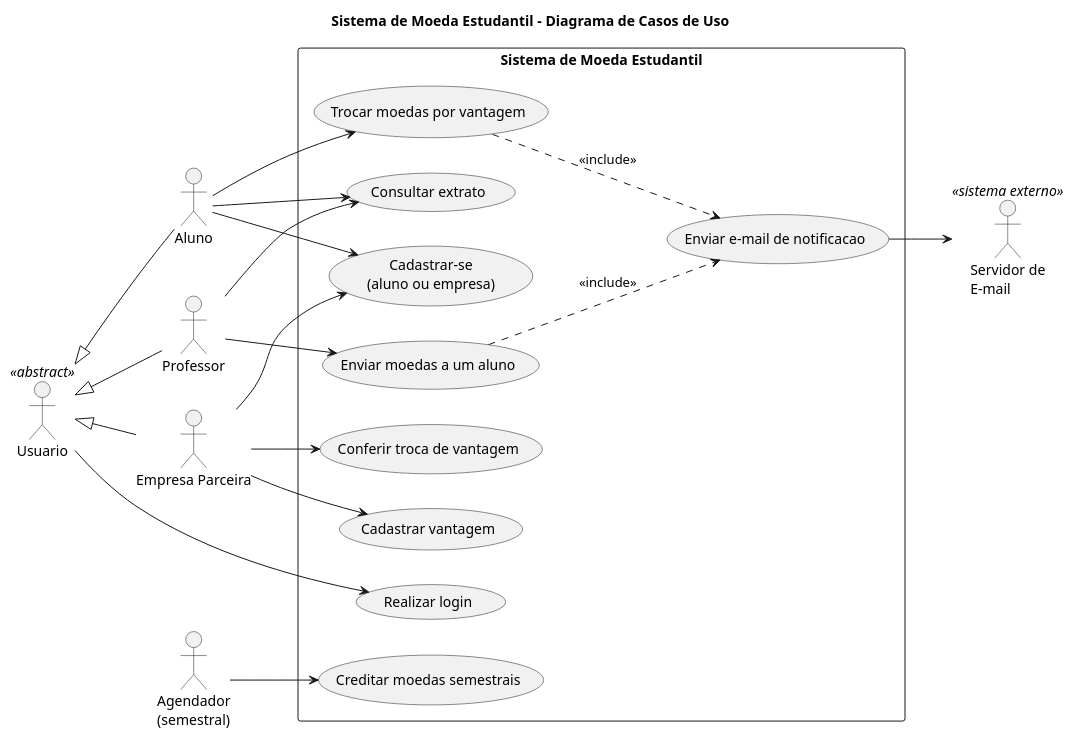
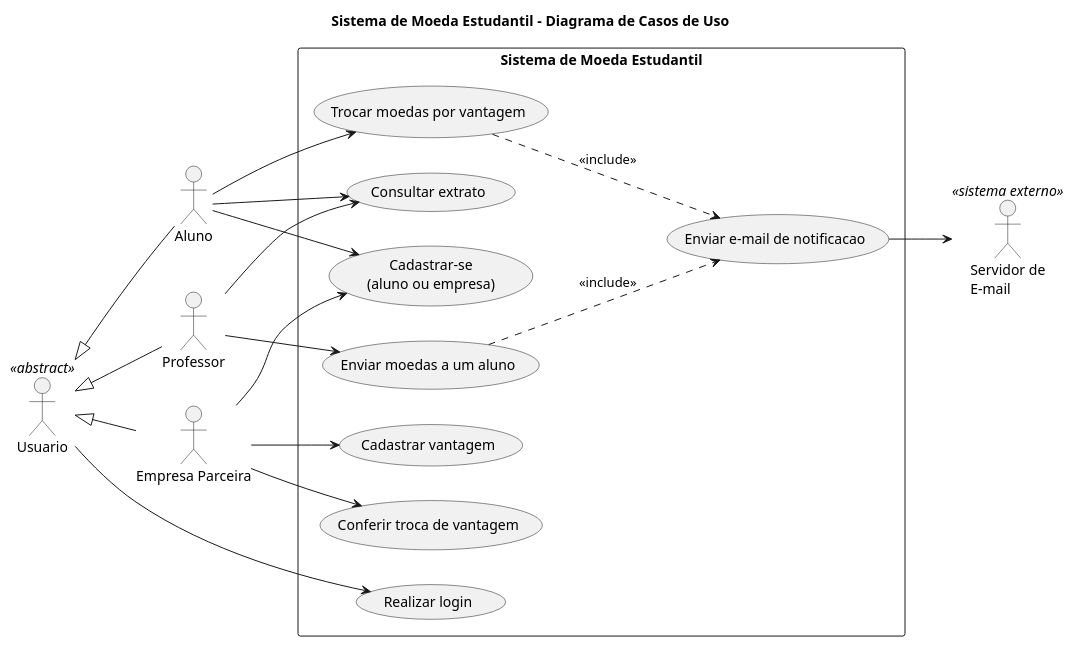
The diagram in diagramas/casos-de-uso.puml (fillmello/lab03_rounds), drawn with PlantUML before and after one commit. The commit also changed 12 other files, not shown here.

Commit message:
chore: define stack FastAPI e modelo ER

```diff
--- a/diagramas/casos-de-uso.puml
+++ b/diagramas/casos-de-uso.puml
@@ -1,50 +1,47 @@
 @startuml casos-de-uso
 title Sistema de Moeda Estudantil - Diagrama de Casos de Uso
 left to right direction
 skinparam packageStyle rectangle
 skinparam shadowing false
 
 actor Usuario <<abstract>>
 actor Aluno
 actor Professor
 actor "Empresa Parceira" as Empresa
-actor "Agendador\n(semestral)" as Agendador
 actor "Servidor de\nE-mail" as Email <<sistema externo>>
 
 rectangle "Sistema de Moeda Estudantil" {
   usecase "Realizar login" as UC01
   usecase "Cadastrar-se\n(aluno ou empresa)" as UC02
   usecase "Enviar moedas a um aluno" as UC03
   usecase "Consultar extrato" as UC04
   usecase "Trocar moedas por vantagem" as UC05
   usecase "Cadastrar vantagem" as UC06
   usecase "Conferir troca de vantagem" as UC07
-  usecase "Creditar moedas semestrais" as UC08
   usecase "Enviar e-mail de notificacao" as UC09
 }
 
 Aluno --> UC02
 Aluno --> UC04
 Aluno --> UC05
 
 Professor --> UC03
 Professor --> UC04
 
 Empresa --> UC02
 Empresa --> UC06
 Empresa --> UC07
 
 Usuario --> UC01
 Usuario <|-- Aluno
 Usuario <|-- Professor
 Usuario <|-- Empresa
 
-Agendador --> UC08
 UC09 --> Email
 
 UC03 ..> UC09 : <<include>>
 UC05 ..> UC09 : <<include>>
 
 
 
 @enduml
```
